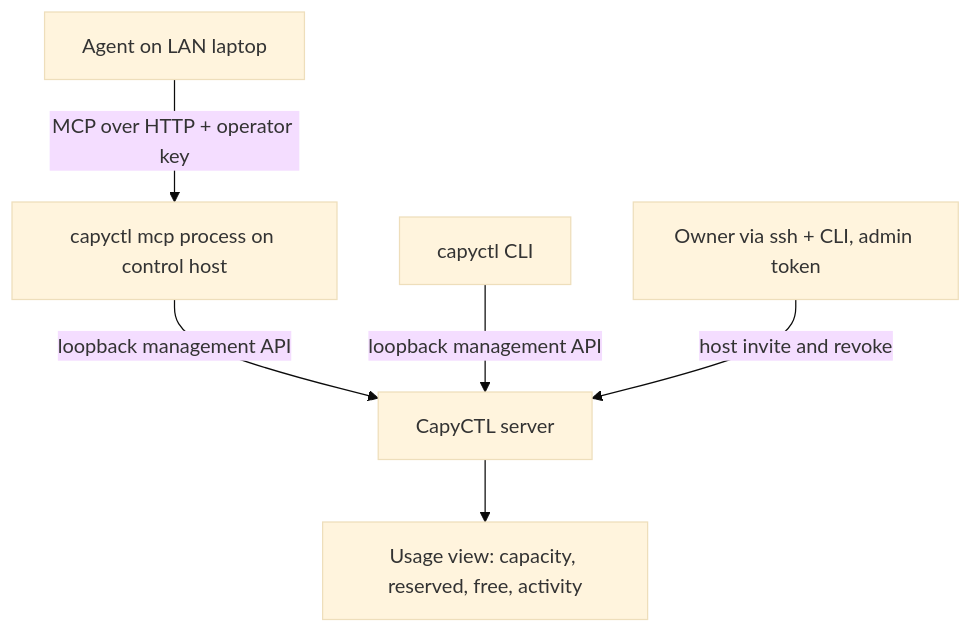
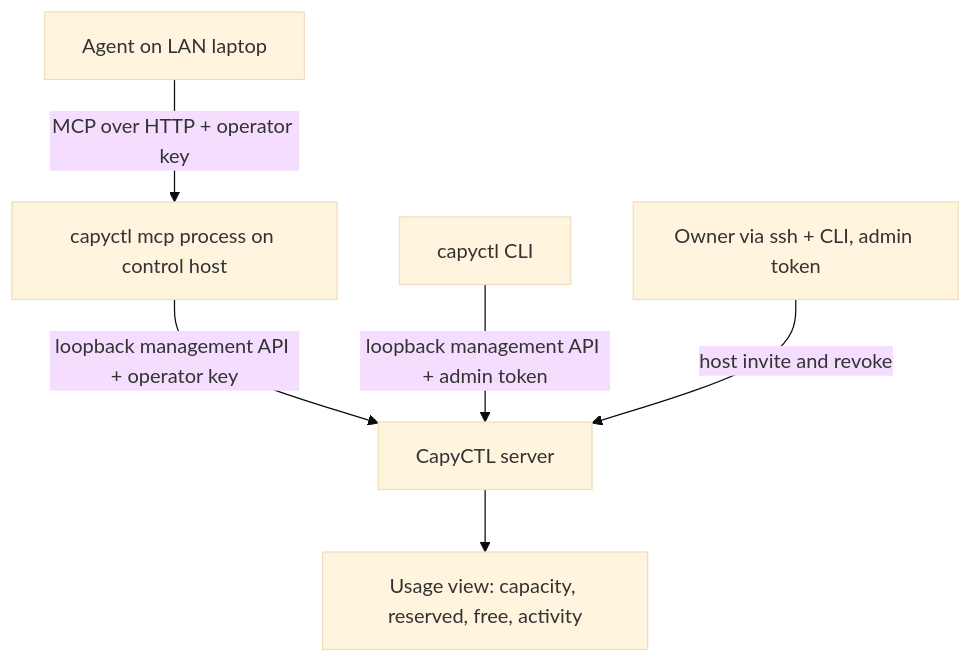
Before and after one commit to edurdias/capyctl: the first of 2 diagrams in docs/plans/2026-10-01-001-feat-mcp-server-plan.md, drawn with Mermaid (base theme). The commit also changed other lines of this file, not shown here.

First line of the commit message:
docs: add implementation plan for the MCP server

````diff
--- a/docs/plans/2026-10-01-001-feat-mcp-server-plan.md
+++ b/docs/plans/2026-10-01-001-feat-mcp-server-plan.md
@@ -40,8 +43,8 @@
 ```mermaid
 flowchart TB
   Agent[Agent on LAN laptop] -->|MCP over HTTP + operator key| MCP[capyctl mcp process on control host]
-  MCP -->|loopback management API| Server[CapyCTL server]
-  CLI[capyctl CLI] -->|loopback management API| Server
+  MCP -->|loopback management API + operator key| Server[CapyCTL server]
+  CLI[capyctl CLI] -->|loopback management API + admin token| Server
   Server --> Usage[Usage view: capacity, reserved, free, activity]
   Admin[Owner via ssh + CLI, admin token] -->|host invite and revoke| Server
 ```
````
